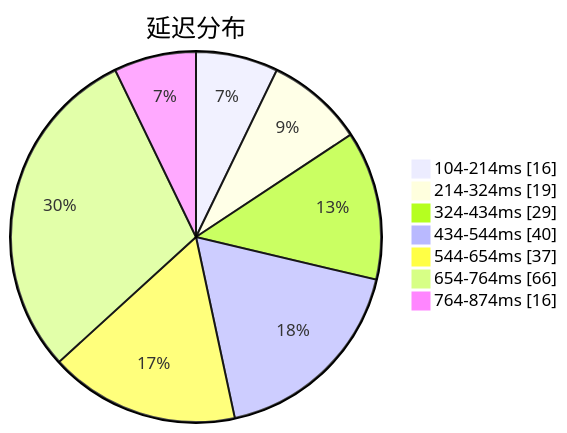
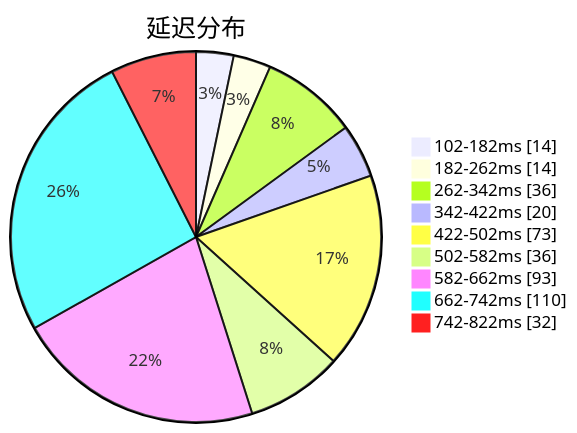
One commit to sinspired/airport changed the first of 3 diagrams in subs/statistics/tested_within.md. Above: the diagram before and after it, drawn with Mermaid. The commit also changed other lines of this file and 2 other files, not shown here.

````diff
--- a/subs/statistics/tested_within.md
+++ b/subs/statistics/tested_within.md
@@ -2,11 +2,13 @@
 ```mermaid
 pie showData
 title 延迟分布
-"104-214ms" : 16
-"214-324ms" : 19
-"324-434ms" : 29
-"434-544ms" : 40
-"544-654ms" : 37
-"654-764ms" : 66
-"764-874ms" : 16
+"102-182ms" : 14
+"182-262ms" : 14
+"262-342ms" : 36
+"342-422ms" : 20
+"422-502ms" : 73
+"502-582ms" : 36
+"582-662ms" : 93
+"662-742ms" : 110
+"742-822ms" : 32
 ```
````
